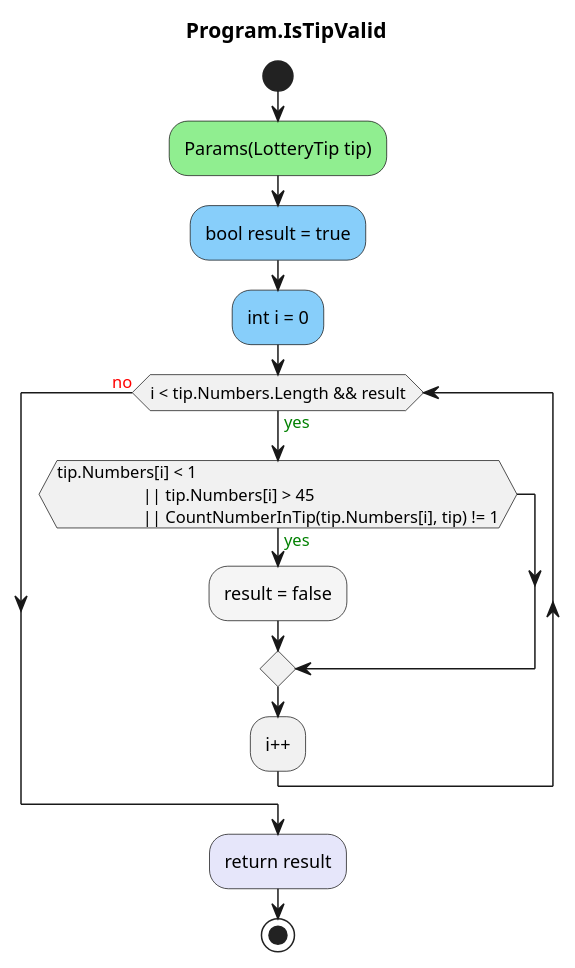
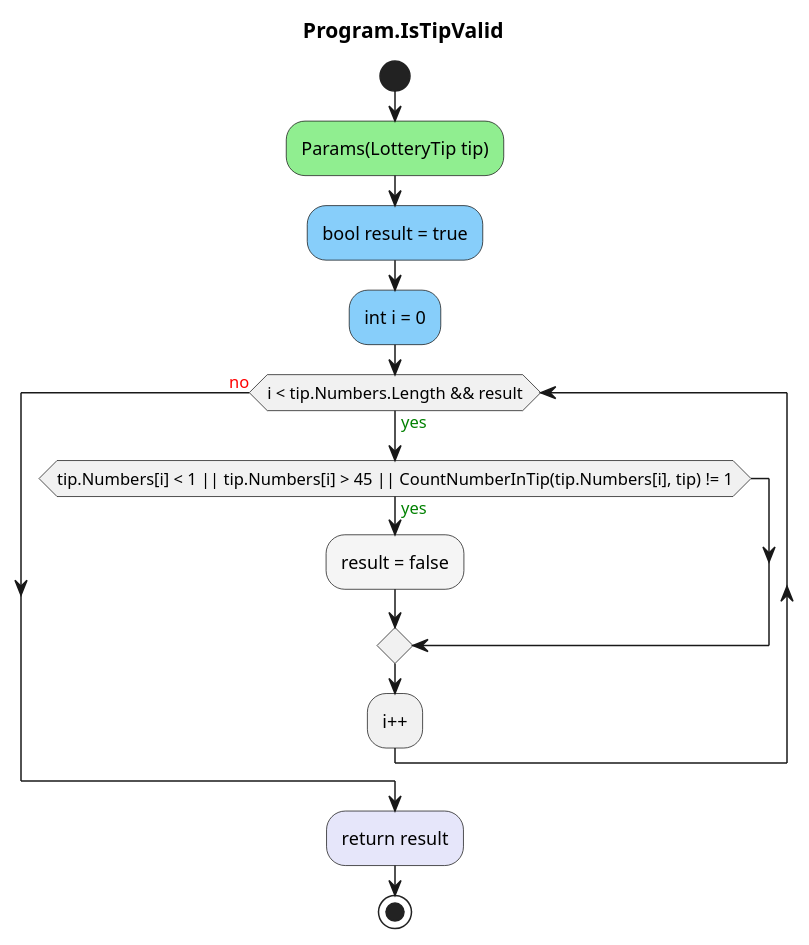
The diagram in LotteryChecker.ConApp/diagrams/ac_Program_IsTipValid.puml (leoggehrer/2324-34_ABIF_ACIF_POSE), drawn with PlantUML before and after one commit. The commit also changed 810 other files, not shown here.

```diff
--- a/LotteryChecker.ConApp/diagrams/ac_Program_IsTipValid.puml
+++ b/LotteryChecker.ConApp/diagrams/ac_Program_IsTipValid.puml
@@ -1,17 +1,15 @@
 @startuml Program.IsTipValid
 title Program.IsTipValid
 start
 #LightGreen:Params(LotteryTip tip);
 #LightSkyBlue:bool result = true;
 #LightSkyBlue:int i = 0;
 while (i < tip.Numbers.Length && result) is (<color:green>yes)
-    if (tip.Numbers[i] < 1 
-                    || tip.Numbers[i] > 45
-                    || CountNumberInTip(tip.Numbers[i], tip) != 1) then (<color:green>yes)
-        #WhiteSmoke:result = false;
-    endif
+        if (tip.Numbers[i] < 1 || tip.Numbers[i] > 45 || CountNumberInTip(tip.Numbers[i], tip) != 1) then (<color:green>yes)
+                #WhiteSmoke:result = false;
+        endif
 :i++;
 endwhile (<color:red>no)
 #Lavender:return result;
 stop
 @enduml
```
